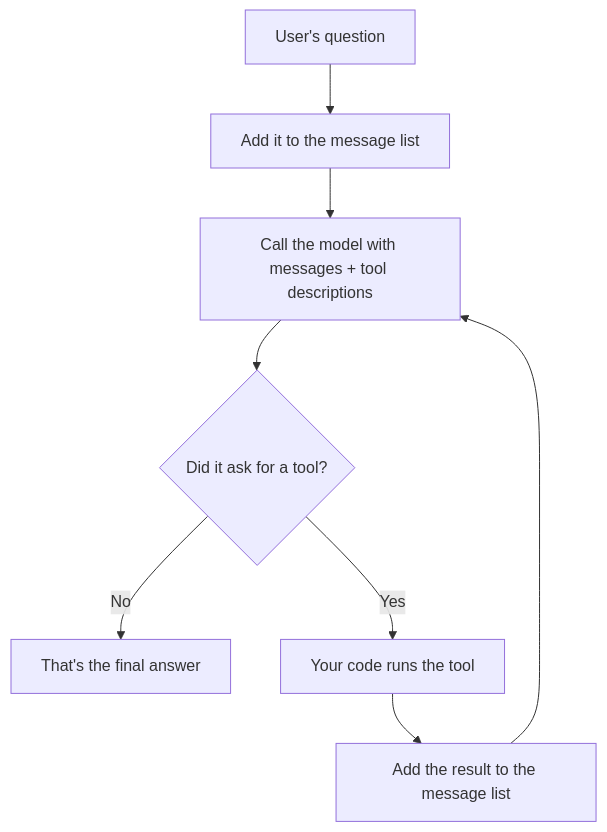
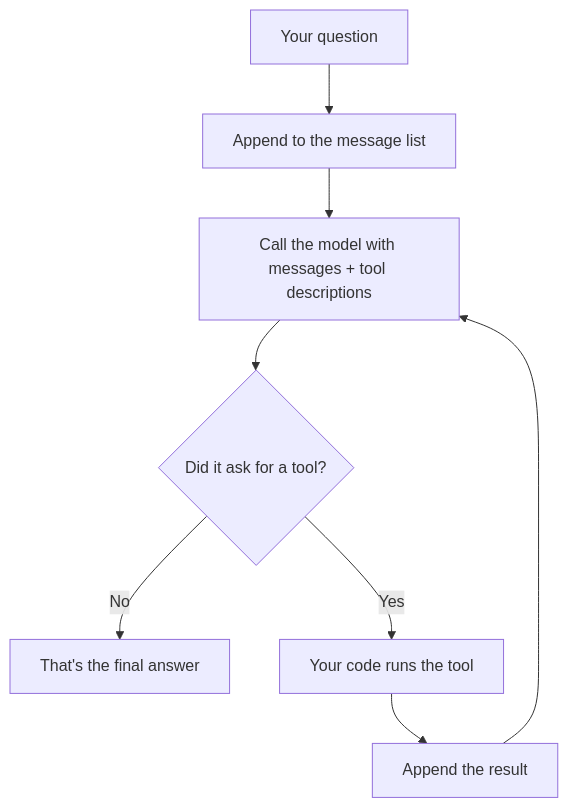
Before and after one commit to sxnjai23/Agent_from_Scratch: the diagram in README.md, drawn with Mermaid. The commit also changed other lines of this file and 6 other files, not shown here.

````diff
--- a/README.md
+++ b/README.md
@@ -140,10 +101,10 @@
 ```mermaid
 flowchart TD
-    A[User's question] --> B[Add it to the message list]
+    A[Your question] --> B[Append to the message list]
     B --> C[Call the model with messages + tool descriptions]
     C --> D{Did it ask for a tool?}
     D -- No --> E[That's the final answer]
     D -- Yes --> F[Your code runs the tool]
-    F --> G[Add the result to the message list]
+    F --> G[Append the result]
     G --> C
 ```
````
